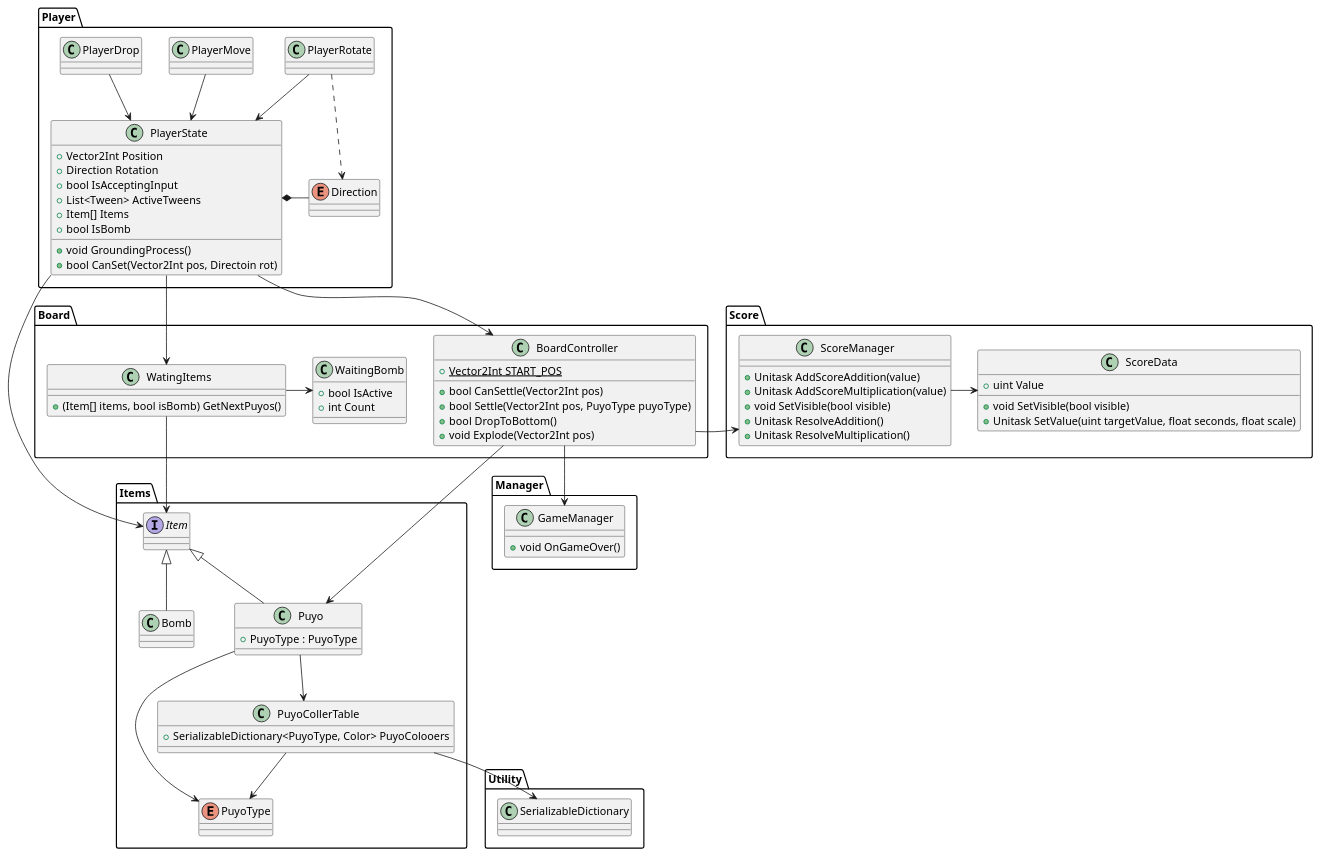
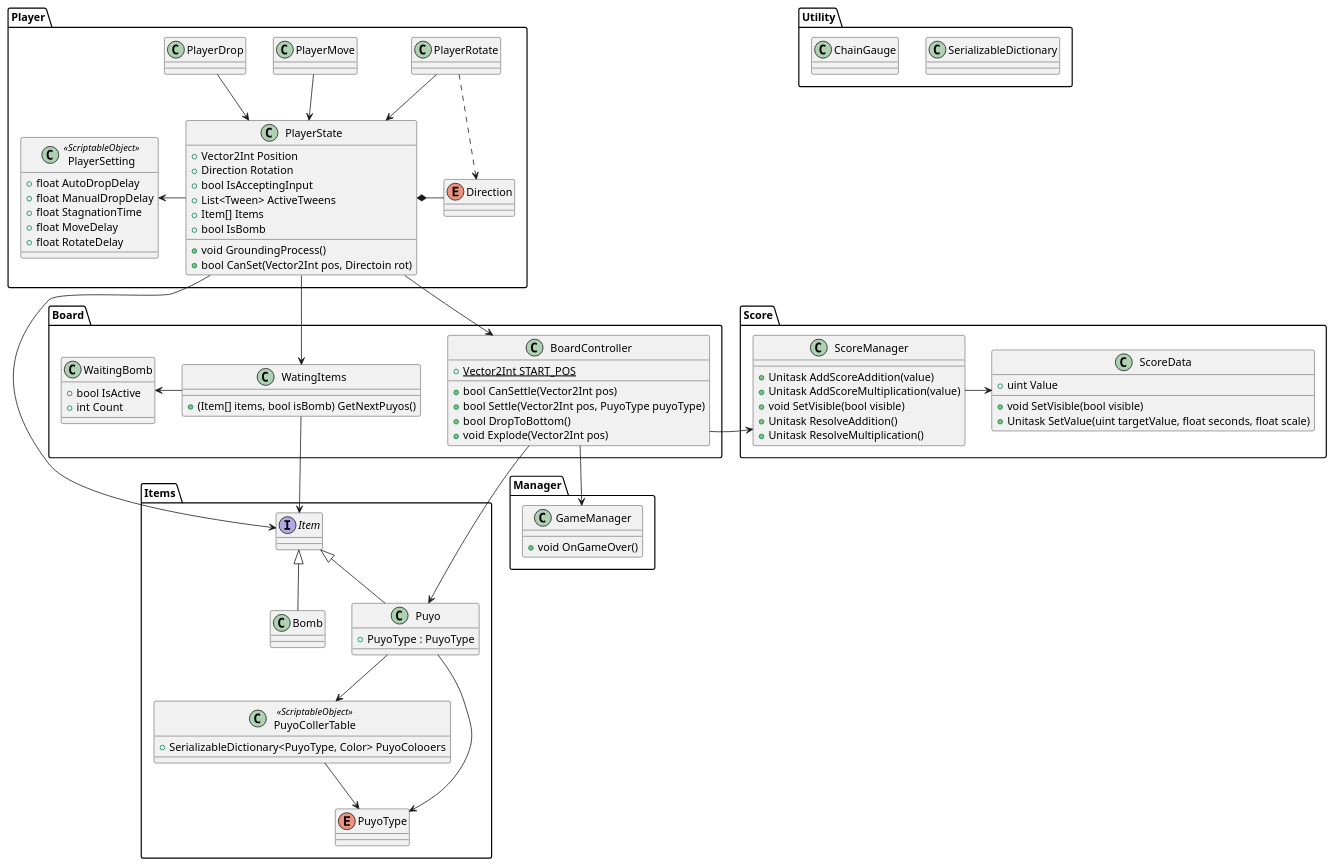
One commit to snnn30/UniteBlocks changed the diagram in puyopuyo.pu. Above: the diagram before and after it, drawn with PlantUML. The commit also changed 27 other files, not shown here.

```diff
--- a/puyopuyo.pu
+++ b/puyopuyo.pu
@@ -1,106 +1,114 @@
 @startuml hoge
 
 namespace Player{
     class PlayerRotate
     class PlayerMove
     class PlayerDrop
     class PlayerState{
         +Vector2Int Position
         +Direction Rotation    
         +bool IsAcceptingInput
         +List<Tween> ActiveTweens
         +Item[] Items
         +bool IsBomb
         +void GroundingProcess()
         +bool CanSet(Vector2Int pos, Directoin rot)
     }
     enum Direction
+    class PlayerSetting <<ScriptableObject>>{
+        +float AutoDropDelay
+        +float ManualDropDelay
+        +float StagnationTime
+        +float MoveDelay
+        +float RotateDelay
+    }
 
     PlayerDrop --> PlayerState
     PlayerRotate --> PlayerState
     PlayerMove --> PlayerState
     PlayerRotate ..> Direction
     PlayerState *- Direction
+    PlayerSetting <- PlayerState
 }
 
 namespace Items{
     interface Item
     class Bomb
     class Puyo{
         +PuyoType : PuyoType
     }
-    class PuyoCollerTable{
+    class PuyoCollerTable <<ScriptableObject>>{
         +SerializableDictionary<PuyoType, Color> PuyoColooers
     }
     enum PuyoType
 
     Item <|-- Puyo
     Item <|-- Bomb
     Puyo --> PuyoCollerTable
     Puyo --> PuyoType
     PuyoCollerTable --> PuyoType
 }
 
 namespace Utility{
     class SerializableDictionary
+    class ChainGauge
 }
 
 namespace Manager{
     class GameManager{
         +void OnGameOver()
     }
 }
 
 
 namespace Board{
     class WaitingBomb{
         +bool IsActive
         +int Count
     }
 
     class WatingItems{
         +(Item[] items, bool isBomb) GetNextPuyos()
     }
 
     class BoardController{
         {static} +Vector2Int START_POS
         +bool CanSettle(Vector2Int pos) 
         +bool Settle(Vector2Int pos, PuyoType puyoType)
         +bool DropToBottom()
         +void Explode(Vector2Int pos)
     }
 
     WaitingBomb <- WatingItems 
 }
 
 namespace Score{
     class ScoreData{
         +uint Value
         +void SetVisible(bool visible)
         +Unitask SetValue(uint targetValue, float seconds, float scale)
     }
     class ScoreManager{
         +Unitask AddScoreAddition(value)
         +Unitask AddScoreMultiplication(value)
         +void SetVisible(bool visible)
         +Unitask ResolveAddition()
         +Unitask ResolveMultiplication()
     }
 
     ScoreManager -> ScoreData
 }
 
 
 
-PuyoCollerTable --> SerializableDictionary
 
 PlayerState --> Item
 PlayerState --> BoardController
 PlayerState --> WatingItems
 
 WatingItems --> Item
 BoardController --> Puyo
 BoardController --> GameManager
 BoardController -> ScoreManager
 
 @enduml
```
